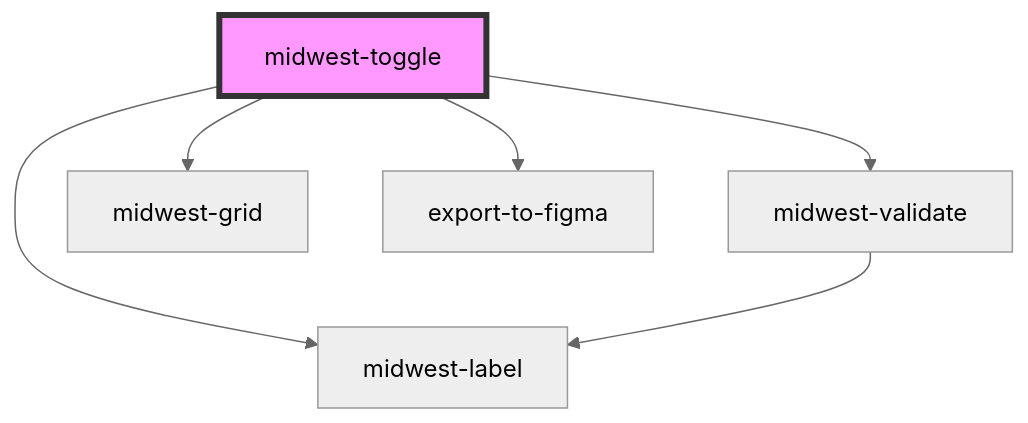
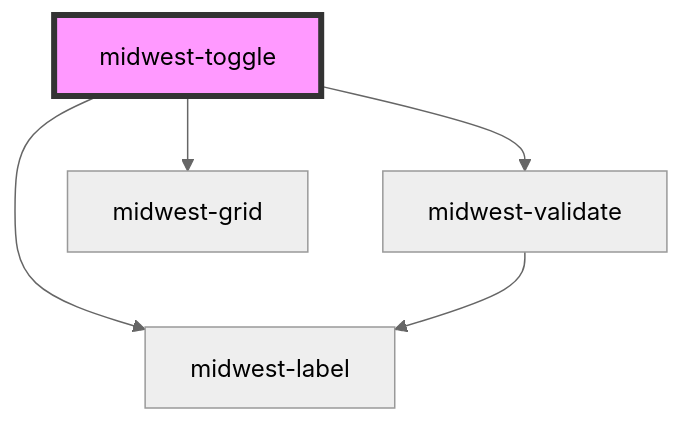
The diagram in packages/forms/docs/components/toggle/readme.md (splitinfinities/Midwest), drawn with Mermaid (neutral theme) before and after one commit. The commit also changed other lines of this file and 48 other files, not shown here.

````diff
--- a/packages/forms/docs/components/toggle/readme.md
+++ b/packages/forms/docs/components/toggle/readme.md
@@ -71,9 +70,8 @@
 ```mermaid
 graph TD;
   midwest-toggle --> midwest-validate
   midwest-toggle --> midwest-grid
   midwest-toggle --> midwest-label
-  midwest-toggle --> export-to-figma
   midwest-validate --> midwest-label
   style midwest-toggle fill:#f9f,stroke:#333,stroke-width:4px
 ```
````
